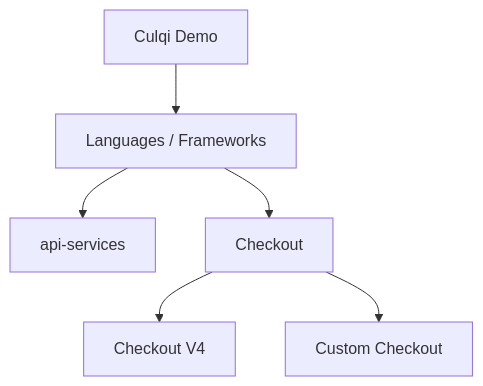
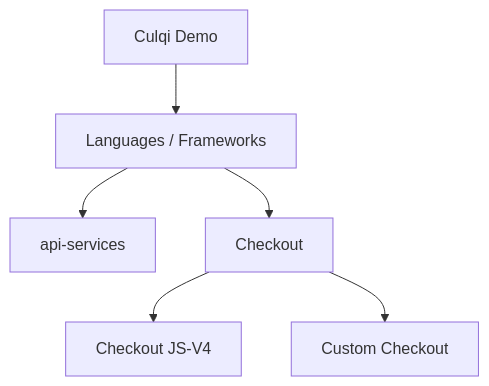
One commit to culqi/culqi-demos changed the diagram in README.md. Above: the diagram before and after it, drawn with Mermaid. The commit also changed 19 other files, not shown here.

````diff
--- a/README.md
+++ b/README.md
@@ -10,23 +10,23 @@
 ```mermaid
 flowchart TD
 
   api[api-services]
   checkout[Checkout]
-  v4[Checkout V4]
+  js-v4[Checkout JS-V4]
   custom[Custom Checkout]
   %% charge[Cargos]
   %% order[Ordenes]
   %% customer[Clientes]
 
   Frameworks[Languages / Frameworks]
     Frameworks --> api
     Frameworks --> checkout
-    checkout --> v4
+    checkout --> js-v4
     checkout --> custom
     %% api --> charge
     %% api --> order
     %% api --> customer
 
   start[Culqi Demo]
   start --> Frameworks
 ```
````
